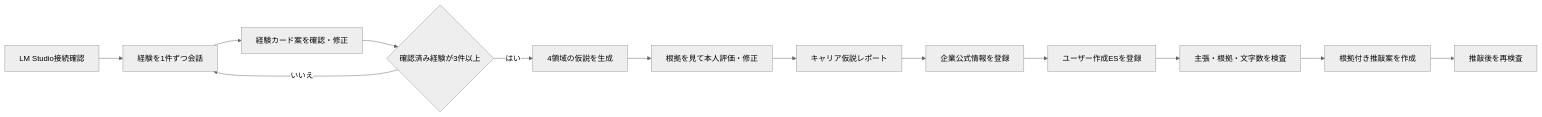
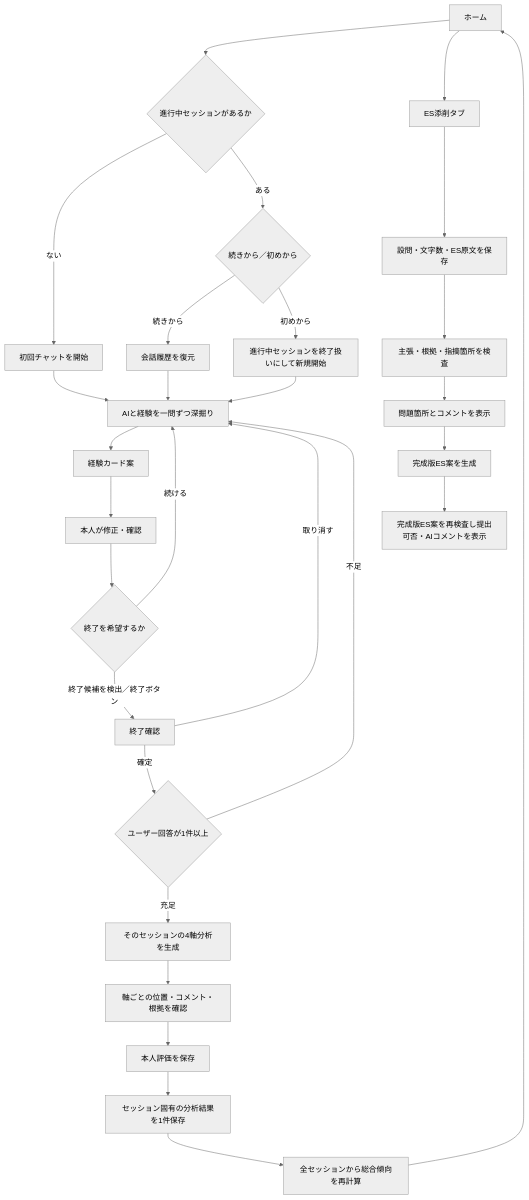
One commit to HACK-STAGE-STAGE2-teamG-YOZORA/Polaris changed the diagram in docs/product-scope.md. Above: the diagram before and after it, drawn with Mermaid (neutral theme). The commit also changed other lines of this file and 22 other files, not shown here.

Commit message:
要件定義と設計Schema

````diff
--- a/docs/product-scope.md
+++ b/docs/product-scope.md
@@ -31,15 +34,32 @@
 ```mermaid
-flowchart LR
-    A["LM Studio接続確認"] --> B["経験を1件ずつ会話"]
-    B --> C["経験カード案を確認・修正"]
-    C --> D{"確認済み経験が3件以上"}
-    D -- "いいえ" --> B
-    D -- "はい" --> E["4領域の仮説を生成"]
-    E --> F["根拠を見て本人評価・修正"]
-    F --> G["キャリア仮説レポート"]
-    G --> H["企業公式情報を登録"]
-    H --> I["ユーザー作成ESを登録"]
-    I --> J["主張・根拠・文字数を検査"]
-    J --> K["根拠付き推敲案を作成"]
-    K --> L["推敲後を再検査"]
+flowchart TD
+    A["ホーム"] --> B{"進行中セッションがあるか"}
+    B -- "ない" --> C["初回チャットを開始"]
+    B -- "ある" --> D{"続きから／初めから"}
+    D -- "続きから" --> E["会話履歴を復元"]
+    D -- "初めから" --> F["進行中セッションを終了扱いにして新規開始"]
+    C --> G["AIと経験を一問ずつ深掘り"]
+    E --> G
+    F --> G
+    G --> H["経験カード案"]
+    H --> I["本人が修正・確認"]
+    I --> J{"終了を希望するか"}
+    J -- "続ける" --> G
+    J -- "終了候補を検出／終了ボタン" --> K["終了確認"]
+    K -- "取り消す" --> G
+    K -- "確定" --> L{"ユーザー回答が1件以上"}
+    L -- "不足" --> G
+    L -- "充足" --> M["そのセッションの4軸分析を生成"]
+    M --> N["軸ごとの位置・コメント・根拠を確認"]
+    N --> O["本人評価を保存"]
+    O --> P["セッション固有の分析結果を1件保存"]
+    P --> W["全セッションから総合傾向を再計算"]
+    W --> A
+
+    A --> Q["ES添削タブ"]
+    Q --> R["設問・文字数・ES原文を保存"]
+    R --> S["主張・根拠・指摘箇所を検査"]
+    S --> T["問題箇所とコメントを表示"]
+    T --> U["完成版ES案を生成"]
+    U --> V["完成版ES案を再検査し提出可否・AIコメントを表示"]
 ```
````
